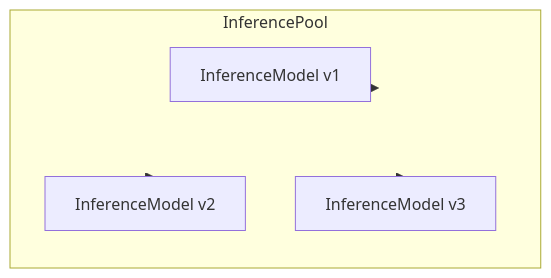
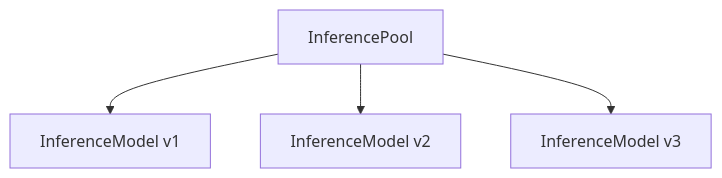
Before and after one commit to agentgateway/website: the first of 2 diagrams in content/docs/inference/_index.md, drawn with Mermaid. The commit also changed other lines of this file, not shown here.

First line of the commit message:
update mermaid diagrams

````diff
--- a/content/docs/inference/_index.md
+++ b/content/docs/inference/_index.md
@@ -13,13 +13,6 @@
 ```mermaid
 graph TD
     InferencePool --> InferenceModel_v1["InferenceModel v1"]
     InferencePool --> InferenceModel_v2["InferenceModel v2"]
     InferencePool --> InferenceModel_v3["InferenceModel v3"]
-    
-    subgraph InferencePool
-        direction TB
-        InferenceModel_v1
-        InferenceModel_v2
-        InferenceModel_v3
-    end
 ```
````
